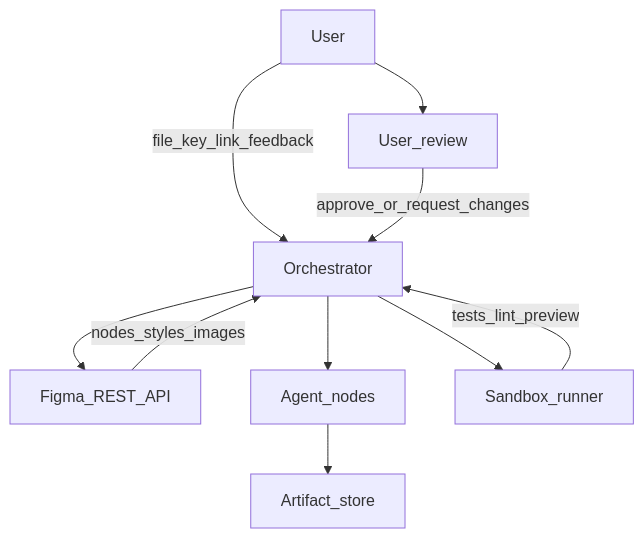
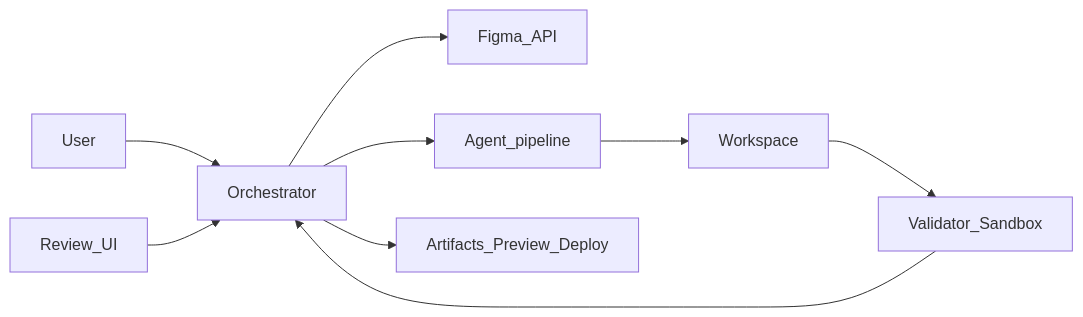
Before and after one commit to CodeByStella/AI-Coding-Agent-Pipeline-Diagram: the first of 3 diagrams in README.md, drawn with Mermaid. The commit also changed other lines of this file and 10 other files, not shown here.

````diff
--- a/README.md
+++ b/README.md
@@ -15,20 +17,11 @@
 ```mermaid
-flowchart TB
-  user[User]
-  figma[Figma_REST_API]
-  orch[Orchestrator]
-  nodes[Agent_nodes]
-  sb[Sandbox_runner]
-  art[Artifact_store]
-  rev[User_review]
-
-  user -->|"file_key_link_feedback"| orch
-  orch --> figma
-  figma -->|"nodes_styles_images"| orch
-  orch --> nodes
-  nodes --> art
-  orch --> sb
-  sb -->|"tests_lint_preview"| orch
-  user --> rev
-  rev -->|"approve_or_request_changes"| orch
+flowchart LR
+  usr[User] --> orch[Orchestrator]
+  rev[Review_UI] --> orch
+  orch --> fapi[Figma_API]
+  orch --> pipe[Agent_pipeline]
+  pipe --> ws[Workspace]
+  ws --> qual[Validator_Sandbox]
+  qual --> orch
+  orch --> art[Artifacts_Preview_Deploy]
 ```
````
